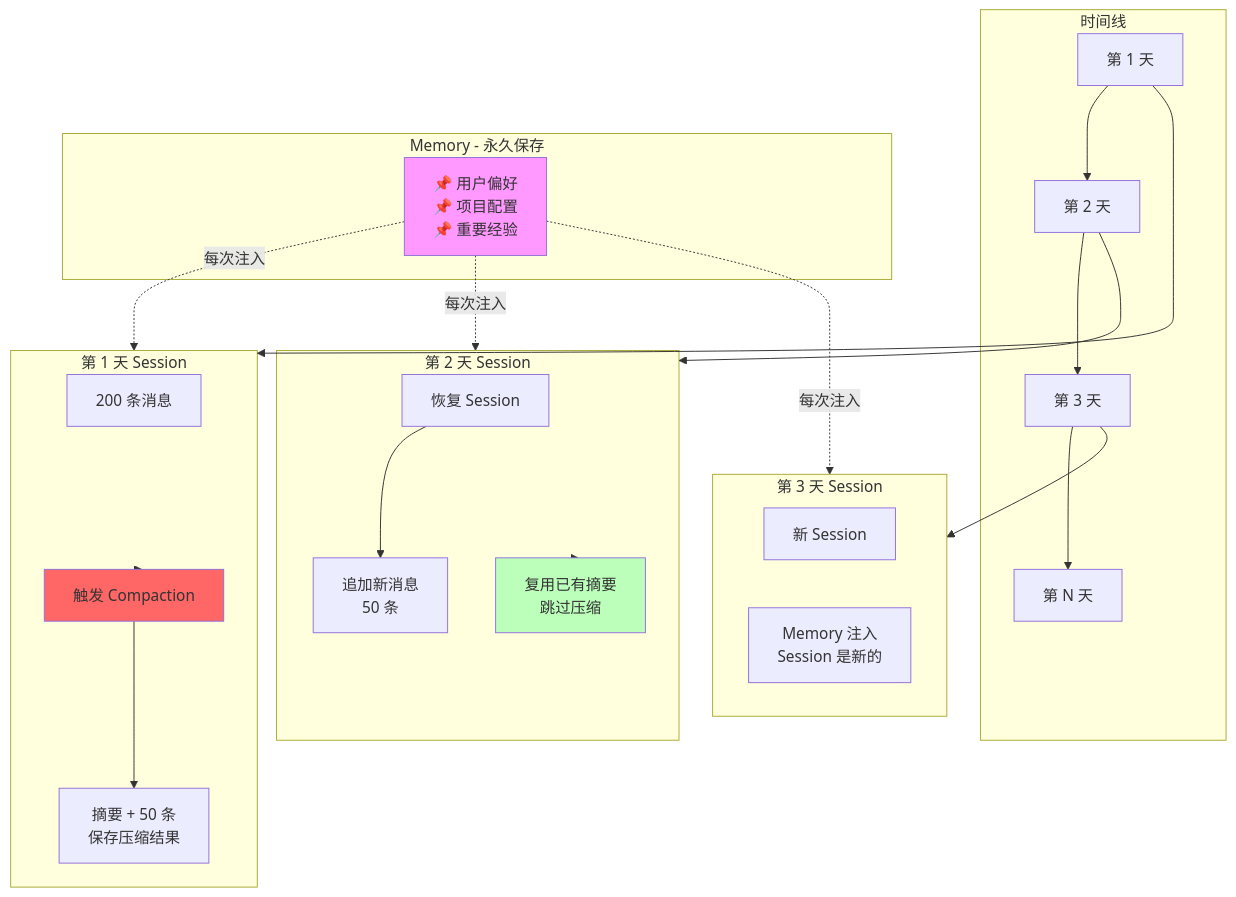
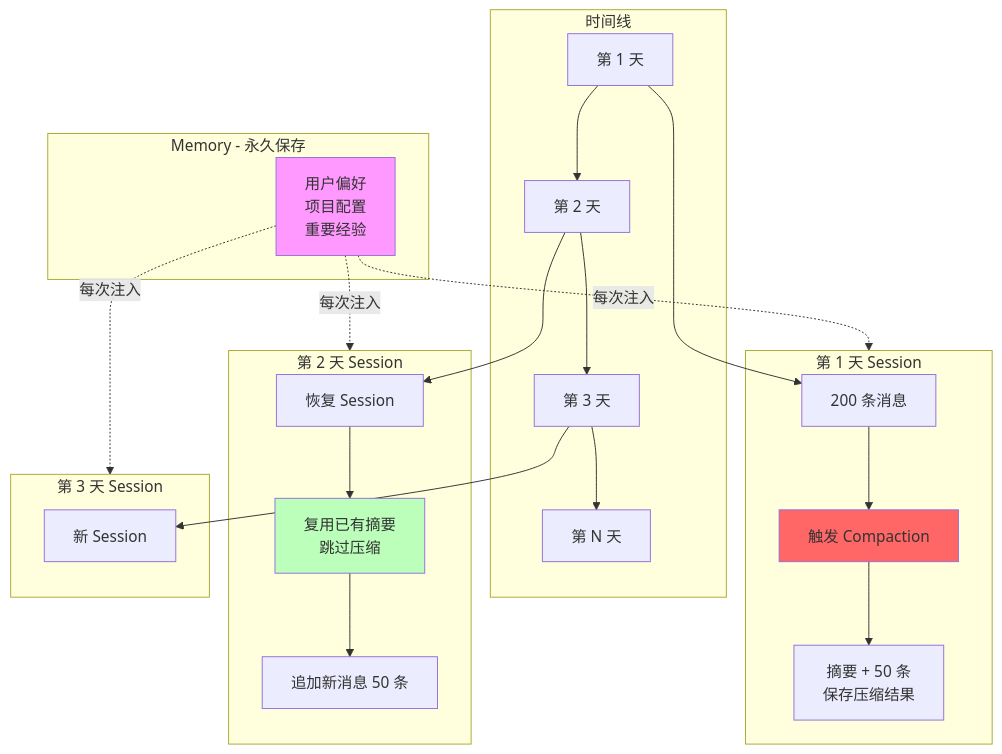
Diagram 13 of 17 in tmp/claude_memory_session_compaction_guide.md (xiaocaipi/mm-doc), drawn with Mermaid before and after one commit. The commit also changed other lines of this file, not shown here.

````diff
--- a/tmp/claude_memory_session_compaction_guide.md
+++ b/tmp/claude_memory_session_compaction_guide.md
@@ -725,41 +726,42 @@
 ```mermaid
 flowchart TB
     subgraph Timeline["时间线"]
         T1["第 1 天"] --> T2["第 2 天"] --> T3["第 3 天"] --> T4["第 N 天"]
     end
 
     subgraph Memory["Memory - 永久保存"]
-        M["📌 用户偏好<br/>📌 项目配置<br/>📌 重要经验"]
+        M["用户偏好<br/>项目配置<br/>重要经验"]
     end
 
     subgraph Day1["第 1 天 Session"]
         S1["200 条消息"]
         C1["触发 Compaction"]
-        C1 --> S1C["摘要 + 50 条<br/>保存压缩结果"]
+        S1C["摘要 + 50 条<br/>保存压缩结果"]
+        C1 --> S1C
     end
 
     subgraph Day2["第 2 天 Session"]
         S2["恢复 Session"]
         S2R["复用已有摘要<br/>跳过压缩"]
-        S2 --> S2N["追加新消息<br/>50 条"]
+        S2N["追加新消息 50 条"]
+        S2 --> S2R
+        S2R --> S2N
     end
 
     subgraph Day3["第 3 天 Session"]
         S3["新 Session"]
-        Note["Memory 注入<br/>Session 是新的"]
     end
 
-    T1 --> Day1
-    Day1 --> C1
-    T2 --> Day2
-    Day2 --> S2R
-    T3 --> Day3
+    T1 --> S1
+    S1 --> C1
+    T2 --> S2
+    T3 --> S3
 
     M -.->|"每次注入"| Day1
     M -.->|"每次注入"| Day2
     M -.->|"每次注入"| Day3
 
     style M fill:#f9f
     style S2R fill:#bfb
     style C1 fill:#f66
 ```
````
